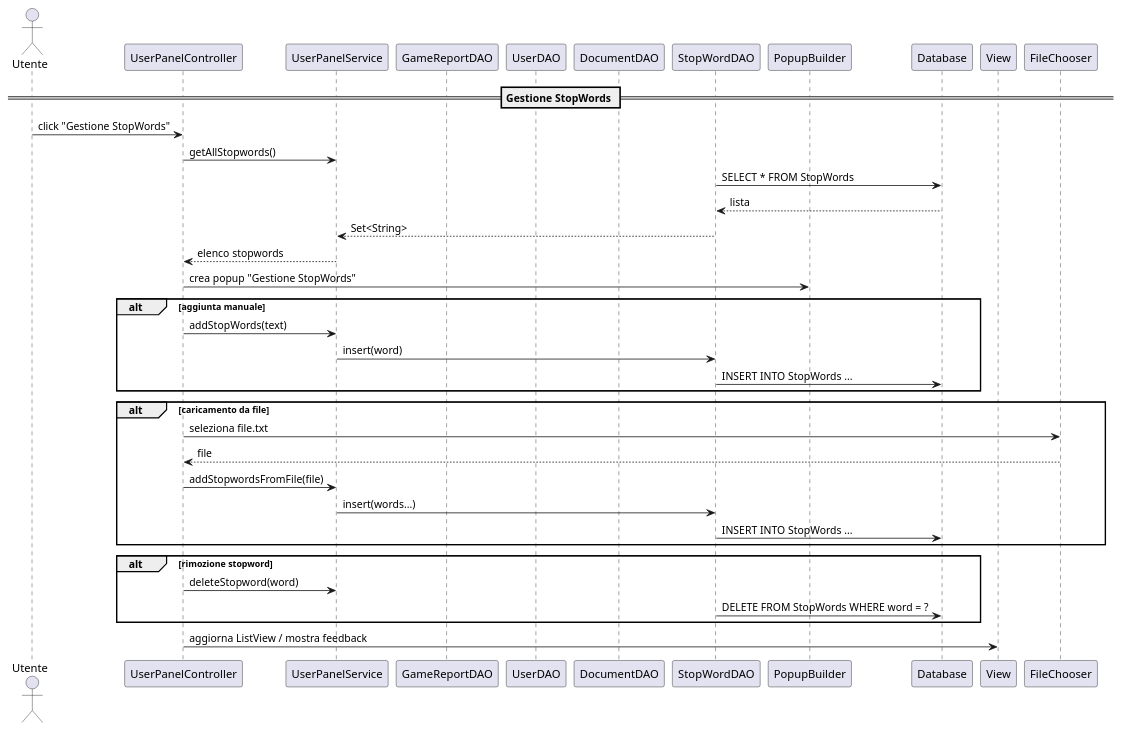
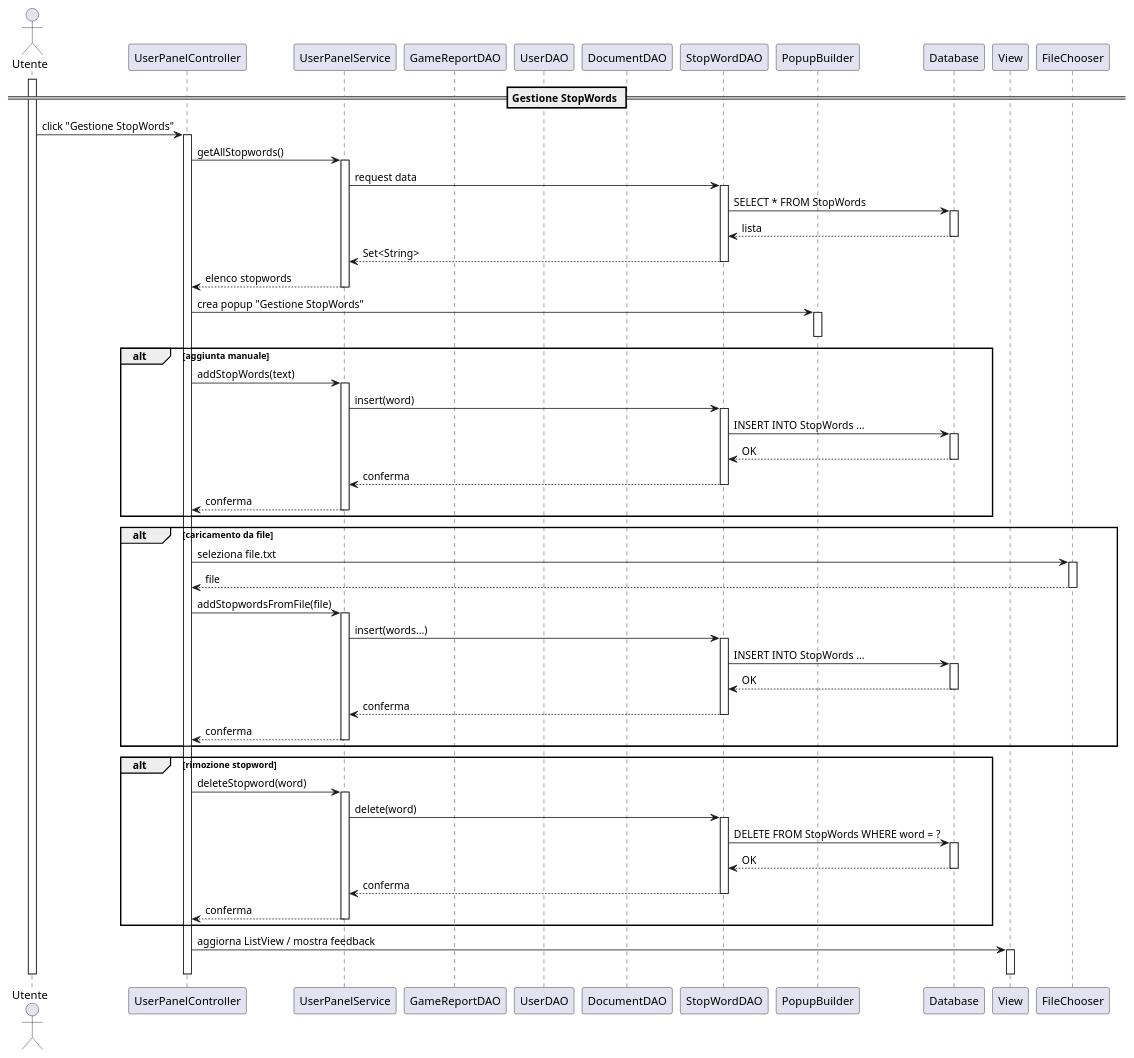
The diagram in docs/Diagrammi di Sequenza/upload_stopWords.puml (Bg735/Wordageddon-Gruppo_16), drawn with PlantUML before and after one commit.

```diff
--- a/docs/Diagrammi di Sequenza/upload_stopWords.puml
+++ b/docs/Diagrammi di Sequenza/upload_stopWords.puml
@@ -1,42 +1,92 @@
 @startuml
 actor Utente
 participant UserPanelController
 participant UserPanelService
 participant GameReportDAO
 participant UserDAO
 participant DocumentDAO
 participant StopWordDAO
 participant PopupBuilder
 participant Database
 participant View
+participant FileChooser
 
 == Gestione StopWords ==
+activate Utente
 Utente -> UserPanelController : click "Gestione StopWords"
+activate UserPanelController
+
 UserPanelController -> UserPanelService : getAllStopwords()
+activate UserPanelService
+UserPanelService -> StopWordDAO : request data
+activate StopWordDAO
 StopWordDAO -> Database : SELECT * FROM StopWords
+activate Database
 Database --> StopWordDAO : lista
+deactivate Database
 StopWordDAO --> UserPanelService : Set<String>
+deactivate StopWordDAO
 UserPanelService --> UserPanelController : elenco stopwords
+deactivate UserPanelService
+
 UserPanelController -> PopupBuilder : crea popup "Gestione StopWords"
+activate PopupBuilder
+deactivate PopupBuilder
 
 alt aggiunta manuale
     UserPanelController -> UserPanelService : addStopWords(text)
+    activate UserPanelService
     UserPanelService -> StopWordDAO : insert(word)
+    activate StopWordDAO
     StopWordDAO -> Database : INSERT INTO StopWords ...
+    activate Database
+    Database --> StopWordDAO : OK
+    deactivate Database
+    StopWordDAO --> UserPanelService : conferma
+    deactivate StopWordDAO
+    UserPanelService --> UserPanelController : conferma
+    deactivate UserPanelService
 end
 
 alt caricamento da file
     UserPanelController -> FileChooser : seleziona file.txt
+    activate FileChooser
     FileChooser --> UserPanelController : file
+    deactivate FileChooser
+
     UserPanelController -> UserPanelService : addStopwordsFromFile(file)
+    activate UserPanelService
     UserPanelService -> StopWordDAO : insert(words...)
+    activate StopWordDAO
     StopWordDAO -> Database : INSERT INTO StopWords ...
+    activate Database
+    Database --> StopWordDAO : OK
+    deactivate Database
+    StopWordDAO --> UserPanelService : conferma
+    deactivate StopWordDAO
+    UserPanelService --> UserPanelController : conferma
+    deactivate UserPanelService
 end
 
 alt rimozione stopword
     UserPanelController -> UserPanelService : deleteStopword(word)
+    activate UserPanelService
+    UserPanelService -> StopWordDAO : delete(word)
+    activate StopWordDAO
     StopWordDAO -> Database : DELETE FROM StopWords WHERE word = ?
+    activate Database
+    Database --> StopWordDAO : OK
+    deactivate Database
+    StopWordDAO --> UserPanelService : conferma
+    deactivate StopWordDAO
+    UserPanelService --> UserPanelController : conferma
+    deactivate UserPanelService
 end
 
 UserPanelController -> View : aggiorna ListView / mostra feedback
+activate View
+deactivate View
+
+deactivate UserPanelController
+deactivate Utente
 @enduml
```
